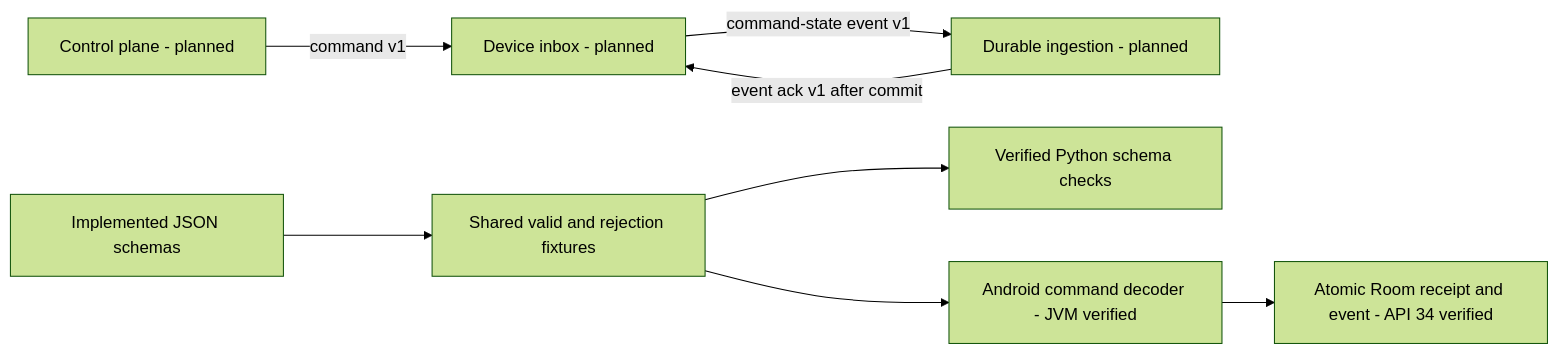
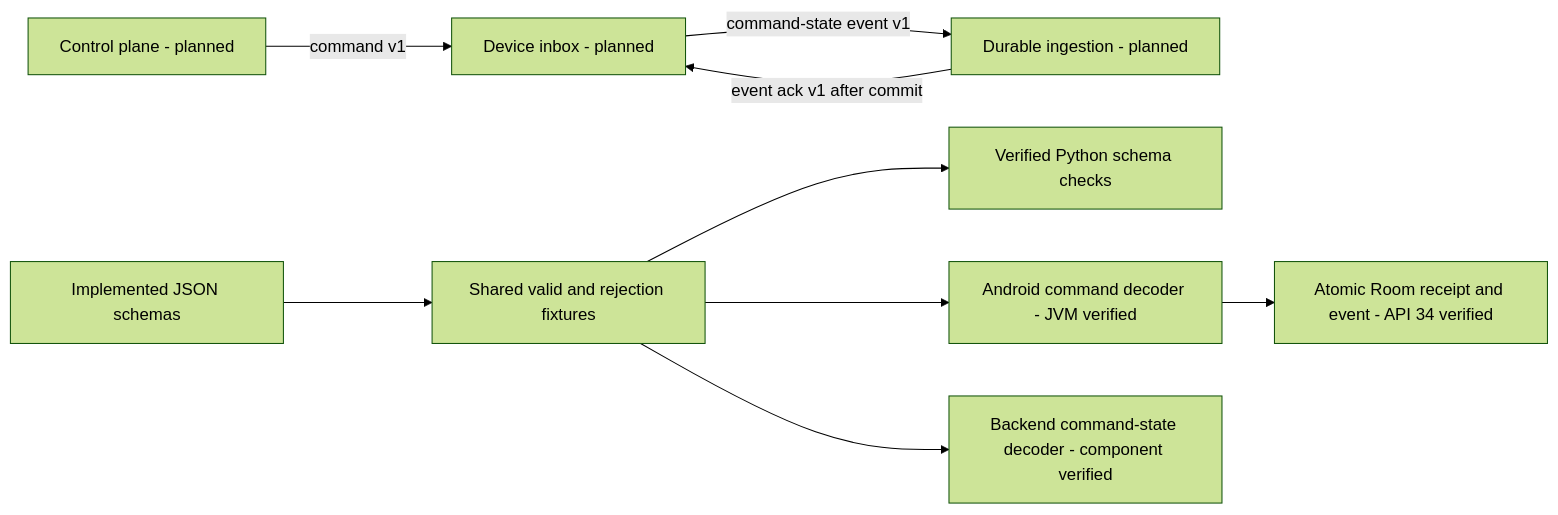
Before and after one commit to michaelnwanna/custom-android-mdm-agent: the diagram in contracts/README.md, drawn with Mermaid (forest theme). The commit also changed other lines of this file and 227 other files, not shown here.

Commit message:
Validate backend command-state events against shared contract fixtures

````diff
--- a/contracts/README.md
+++ b/contracts/README.md
@@ -17,10 +19,11 @@
 ```mermaid
 flowchart LR
     Server[Control plane - planned] -->|command v1| Device[Device inbox - planned]
     Device -->|command-state event v1| Ingest[Durable ingestion - planned]
     Ingest -->|event ack v1 after commit| Device
     Schemas[Implemented JSON schemas] --> Fixtures[Shared valid and rejection fixtures]
     Fixtures --> Checks[Verified Python schema checks]
     Fixtures --> Decoder[Android command decoder - JVM verified]
     Decoder --> Journal[Atomic Room receipt and event - API 34 verified]
+    Fixtures --> EventDecoder[Backend command-state decoder - component verified]
 ```
````
